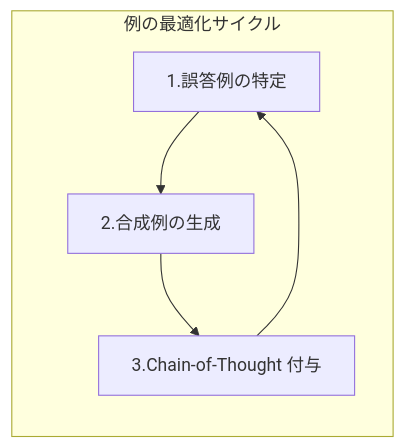
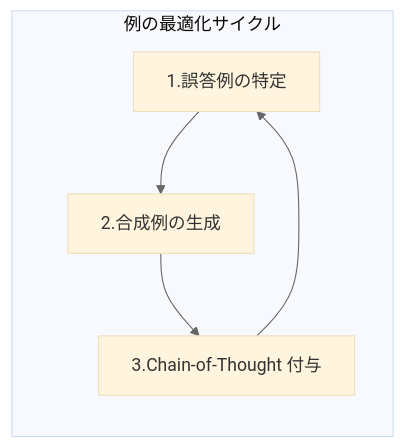
Before and after one commit to nomhiro/zenn-blog: the third of 5 diagrams in articles/promptwizard-vs-agentlightning.md, drawn with Mermaid. The commit also changed other lines of this file and 2 other files, not shown here.

````diff
--- a/articles/promptwizard-vs-agentlightning.md
+++ b/articles/promptwizard-vs-agentlightning.md
@@ -125,7 +127,8 @@
 ```mermaid
+%%{init: {'theme': 'base', 'themeVariables': { 'primaryTextColor': '#333', 'lineColor': '#666' }}}%%
 flowchart TB
     subgraph ExampleLoop["例の最適化サイクル"]
         direction TB
         E1[1.誤答例の特定] --> E2[2.合成例の生成] --> E3[3.Chain-of-Thought 付与] --> E1
     end
 ```
````
